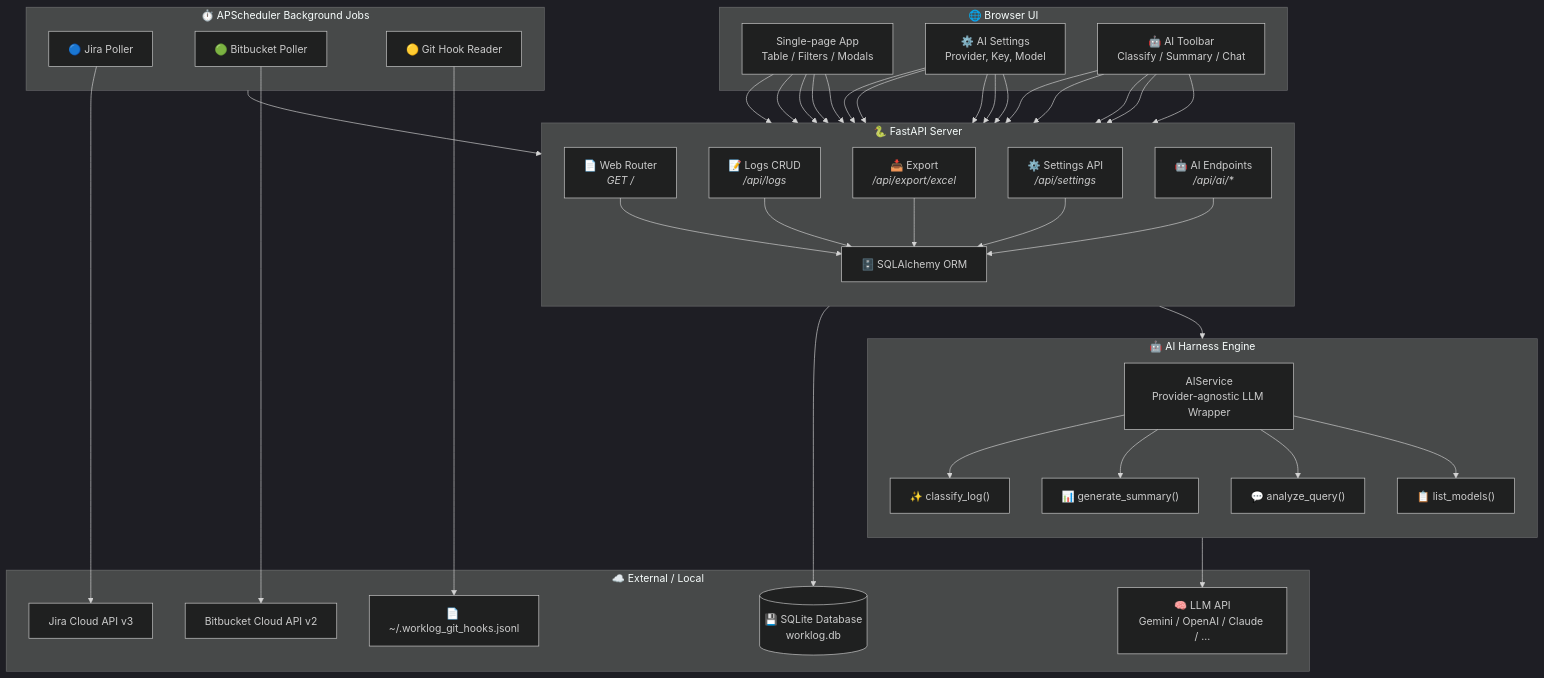
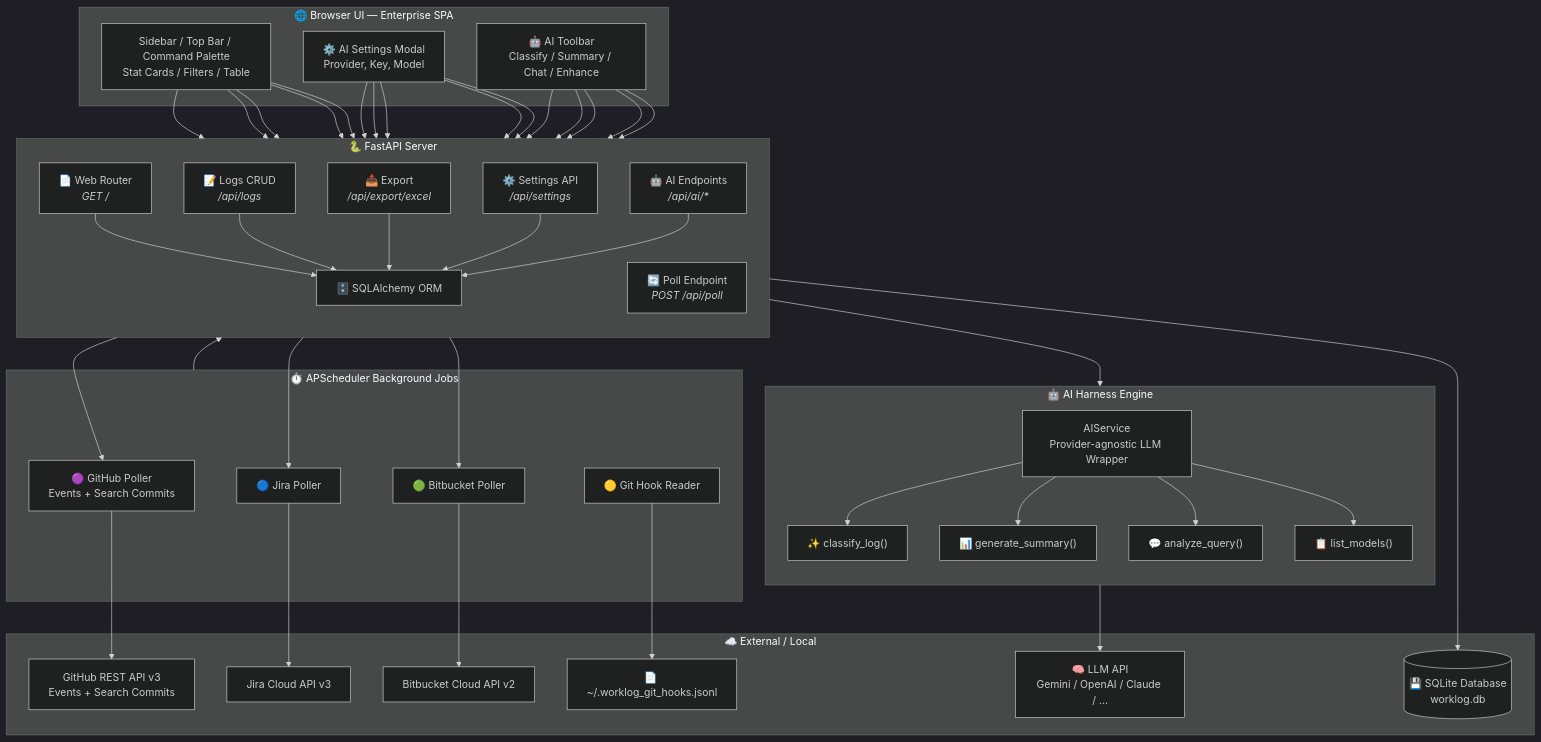
Before and after one commit to nbhson/tool-harness-auto-logwork: the first of 2 diagrams in README.md, drawn with Mermaid (dark theme). The commit also changed other lines of this file, not shown here.

Commit message:
Update README with new enterprise UI features, GitHub poller, and keyboard shortcuts

````diff
--- a/README.md
+++ b/README.md
@@ -83,52 +117,57 @@
 ```mermaid
 flowchart TB
-    subgraph Browser["🌐 Browser UI"]
-        UI["Single-page App<br/>Table / Filters / Modals"]
-        AS["⚙️ AI Settings<br/>Provider, Key, Model"]
-        AT["🤖 AI Toolbar<br/>Classify / Summary / Chat"]
+    subgraph Browser["🌐 Browser UI — Enterprise SPA"]
+        UI["Sidebar / Top Bar / Command Palette<br/>Stat Cards / Filters / Table"]
+        AS["⚙️ AI Settings Modal<br/>Provider, Key, Model"]
+        AT["🤖 AI Toolbar<br/>Classify / Summary / Chat / Enhance"]
     end
 
     subgraph Server["🐍 FastAPI Server"]
         direction TB
         WR["📄 Web Router<br/><i>GET /</i>"]
         LR["📝 Logs CRUD<br/><i>/api/logs</i>"]
         ER["📥 Export<br/><i>/api/export/excel</i>"]
         SR["⚙️ Settings API<br/><i>/api/settings</i>"]
         AR["🤖 AI Endpoints<br/><i>/api/ai/*</i>"]
+        PR["🔄 Poll Endpoint<br/><i>POST /api/poll</i>"]
         ORM["🗄️ SQLAlchemy ORM"]
     end
 
     subgraph AI["🤖 AI Harness Engine"]
         direction TB
         SVC["AIService<br/>Provider-agnostic LLM Wrapper"]
         CL["✨ classify_log()"]
         SG["📊 generate_summary()"]
         AQ["💬 analyze_query()"]
         LM["📋 list_models()"]
         SVC --> CL & SG & AQ & LM
     end
 
     subgraph Pollers["⏱️ APScheduler Background Jobs"]
+        GP["🟣 GitHub Poller<br/>Events + Search Commits"]
         JP["🔵 Jira Poller"]
         BP["🟢 Bitbucket Poller"]
-        GP["🟡 Git Hook Reader"]
+        HP["🟡 Git Hook Reader"]
     end
 
     subgraph External["☁️ External / Local"]
+        GHAPI["GitHub REST API v3<br/>Events + Search Commits"]
         JC["Jira Cloud API v3"]
         BC["Bitbucket Cloud API v2"]
-        GH["📄 ~/.worklog_git_hooks.jsonl"]
+        HFILE["📄 ~/.worklog_git_hooks.jsonl"]
         LLM["🧠 LLM API<br/>Gemini / OpenAI / Claude / ..."]
         DB[("💾 SQLite Database<br/>worklog.db")]
     end
 
     UI & AS & AT --> WR & LR & ER & SR & AR
+    PR --> GP & JP & BP
     WR & LR & ER & SR & AR --> ORM
     ORM --> DB
     AR --> SVC
     SVC --> LLM
     Pollers --> ORM
+    GP --> GHAPI
     JP --> JC
     BP --> BC
-    GP --> GH
+    HP --> HFILE
 ```
````
